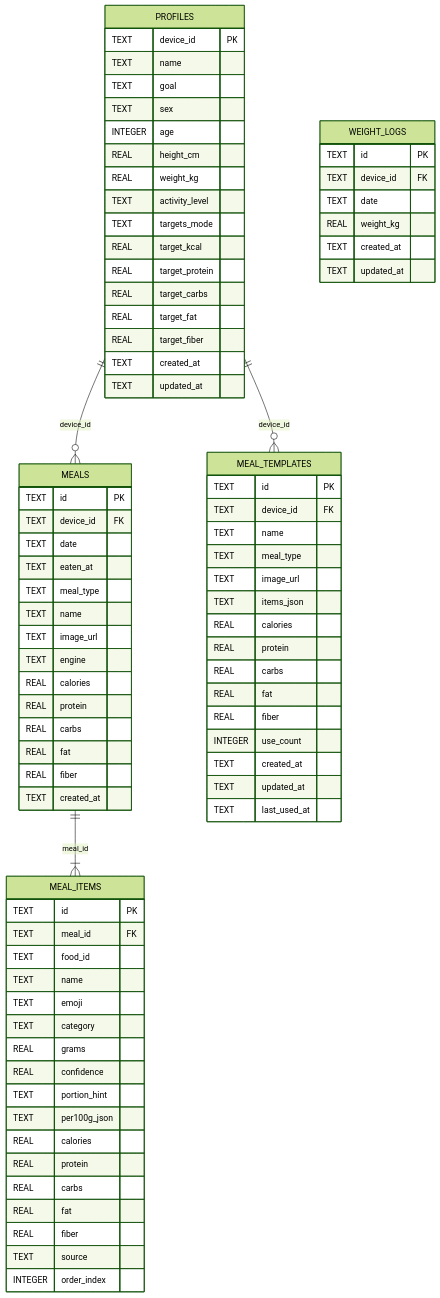
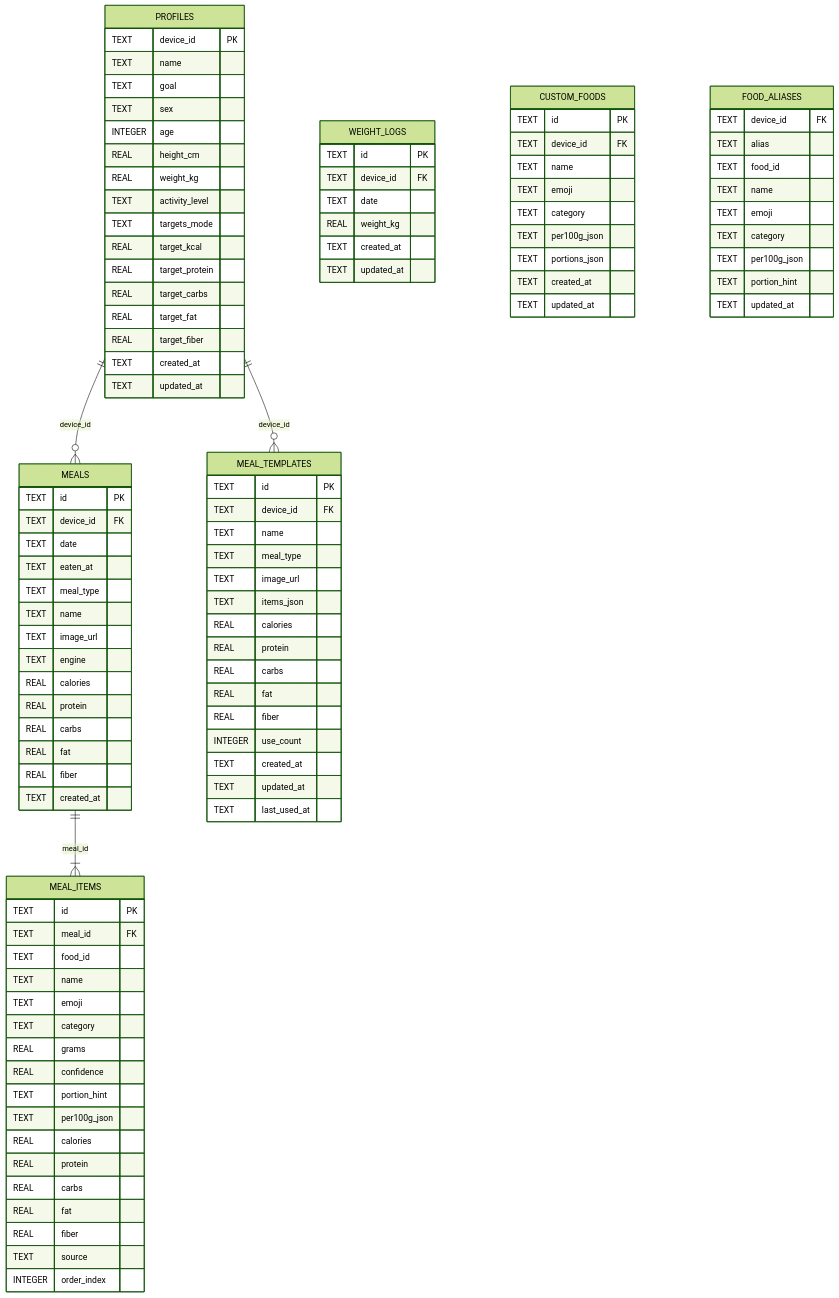
The sixth of 6 diagrams in docs/ARCHITECTURE.md (6xuwei-ad/keep-fit), drawn with Mermaid (forest theme) before and after one commit. The commit also changed other lines of this file and 18 other files, not shown here.

````diff
--- a/docs/ARCHITECTURE.md
+++ b/docs/ARCHITECTURE.md
@@ -613,4 +655,28 @@
     TEXT created_at
     TEXT updated_at
   }
+
+  CUSTOM_FOODS {
+    TEXT id PK
+    TEXT device_id FK
+    TEXT name
+    TEXT emoji
+    TEXT category
+    TEXT per100g_json
+    TEXT portions_json
+    TEXT created_at
+    TEXT updated_at
+  }
+
+  FOOD_ALIASES {
+    TEXT device_id FK
+    TEXT alias
+    TEXT food_id
+    TEXT name
+    TEXT emoji
+    TEXT category
+    TEXT per100g_json
+    TEXT portion_hint
+    TEXT updated_at
+  }
 ```
````
